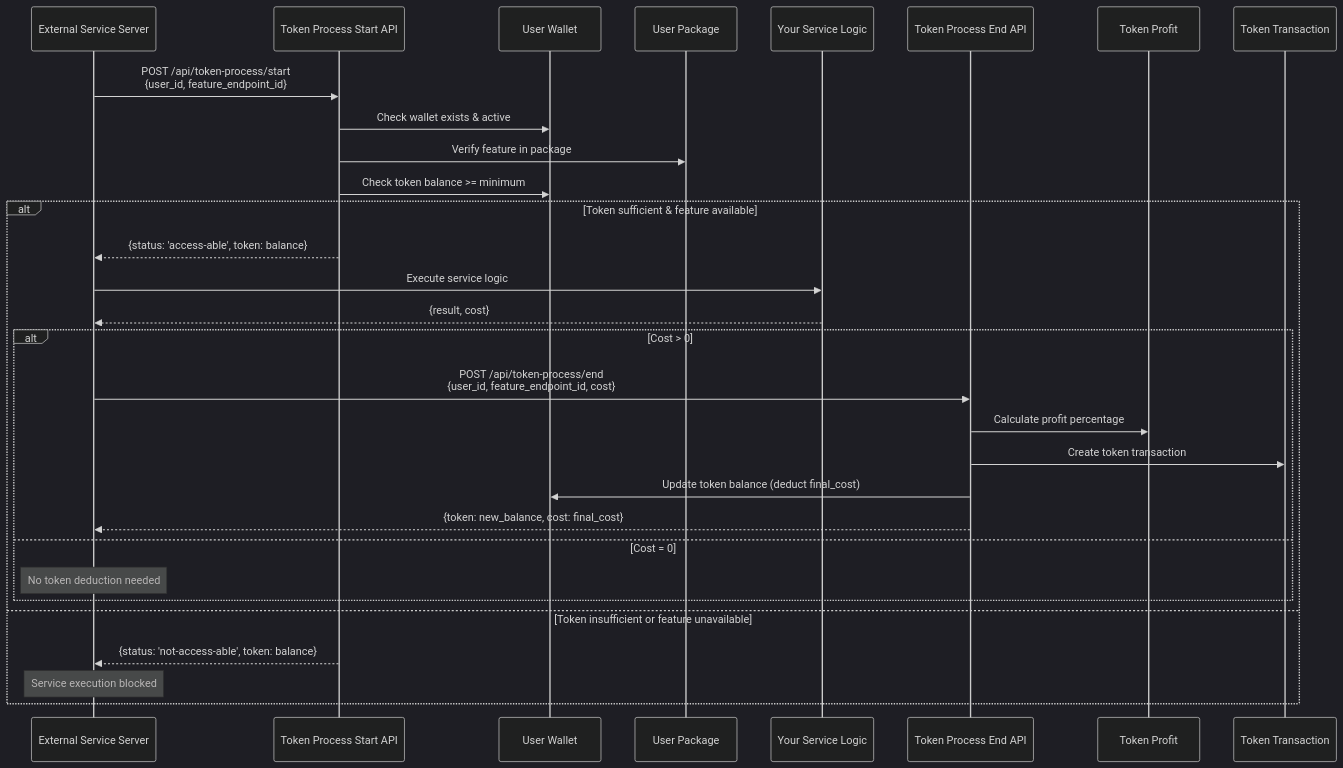
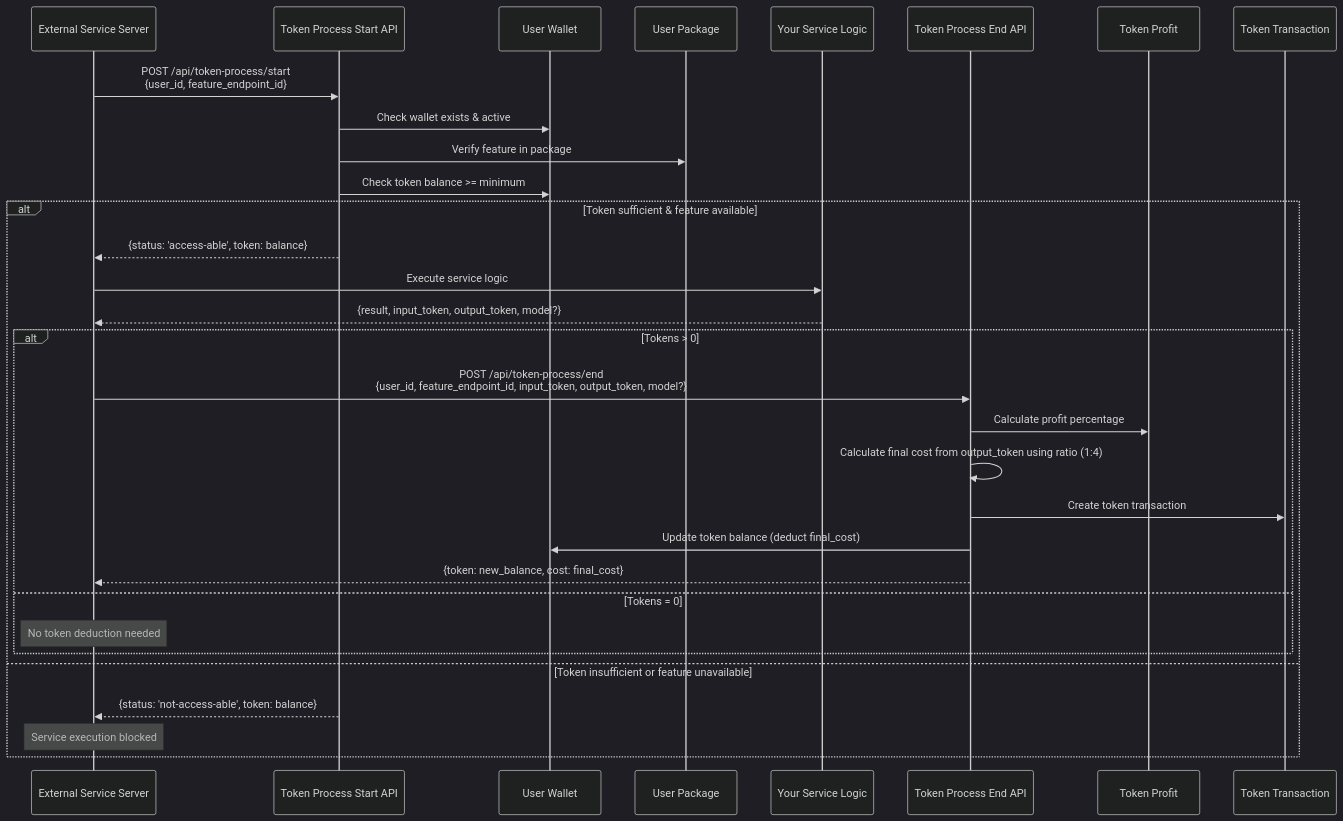
The first of 2 diagrams in documents/TOKEN_PROCESS_USAGE_GUIDE.md (foysalahmedmin/zaaz-server), drawn with Mermaid (dark theme) before and after one commit. The commit also changed other lines of this file, not shown here.

````diff
--- a/documents/TOKEN_PROCESS_USAGE_GUIDE.md
+++ b/documents/TOKEN_PROCESS_USAGE_GUIDE.md
@@ -39,35 +39,36 @@
 ```mermaid
 sequenceDiagram
     participant Client as External Service Server
     participant StartAPI as Token Process Start API
     participant Wallet as User Wallet
     participant Package as User Package
     participant Service as Your Service Logic
     participant EndAPI as Token Process End API
     participant Profit as Token Profit
     participant Transaction as Token Transaction
 
     Client->>StartAPI: POST /api/token-process/start<br/>{user_id, feature_endpoint_id}
     StartAPI->>Wallet: Check wallet exists & active
     StartAPI->>Package: Verify feature in package
     StartAPI->>Wallet: Check token balance >= minimum
     
-    alt Token sufficient & feature available
+        alt Token sufficient & feature available
         StartAPI-->>Client: {status: 'access-able', token: balance}
         Client->>Service: Execute service logic
-        Service-->>Client: {result, cost}
+        Service-->>Client: {result, input_token, output_token, model?}
         
-        alt Cost > 0
-            Client->>EndAPI: POST /api/token-process/end<br/>{user_id, feature_endpoint_id, cost}
+        alt Tokens > 0
+            Client->>EndAPI: POST /api/token-process/end<br/>{user_id, feature_endpoint_id, input_token, output_token, model?}
             EndAPI->>Profit: Calculate profit percentage
+            EndAPI->>EndAPI: Calculate final cost from output_token using ratio (1:4)
             EndAPI->>Transaction: Create token transaction
             EndAPI->>Wallet: Update token balance (deduct final_cost)
             EndAPI-->>Client: {token: new_balance, cost: final_cost}
-        else Cost = 0
+        else Tokens = 0
             Note over Client: No token deduction needed
         end
     else Token insufficient or feature unavailable
         StartAPI-->>Client: {status: 'not-access-able', token: balance}
         Note over Client: Service execution blocked
     end
 ```
````
